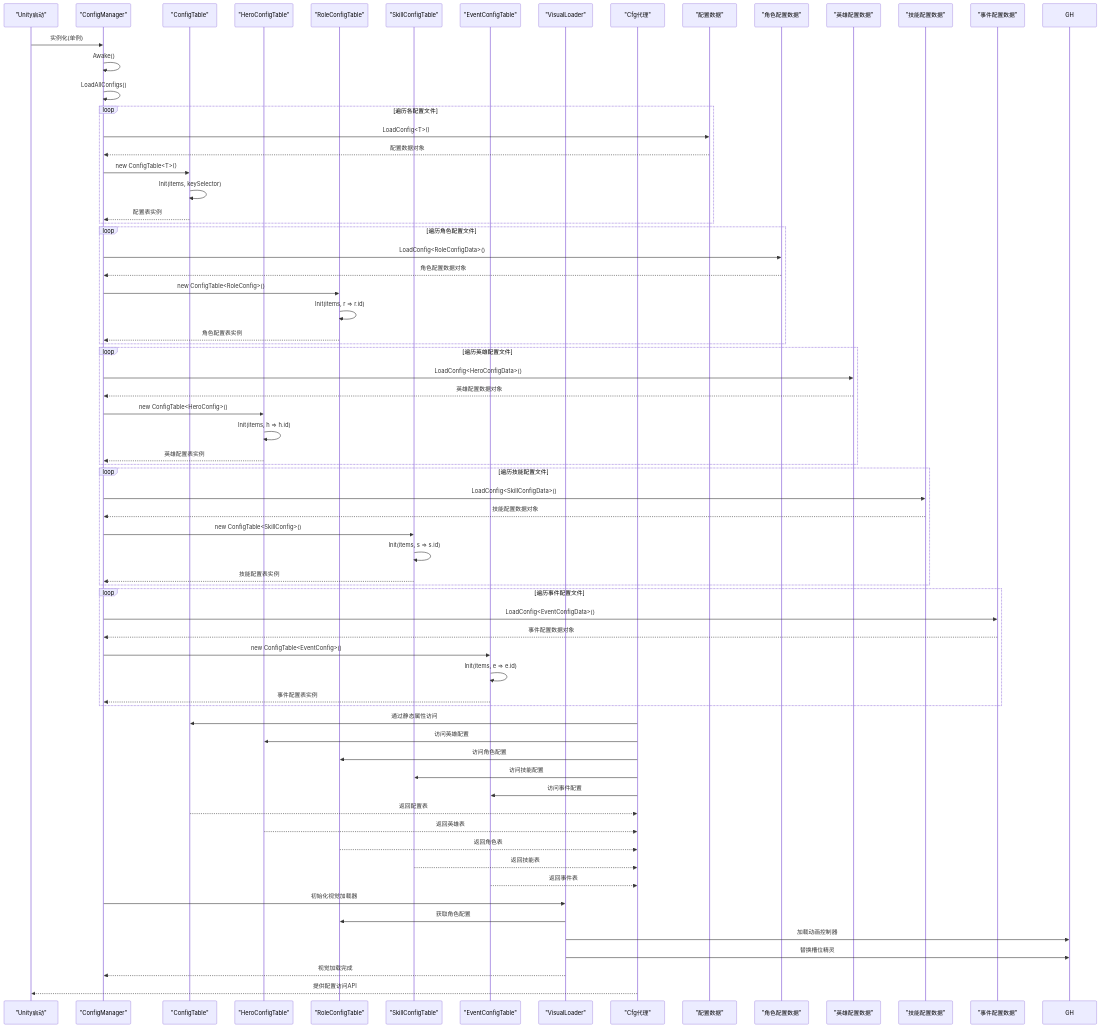
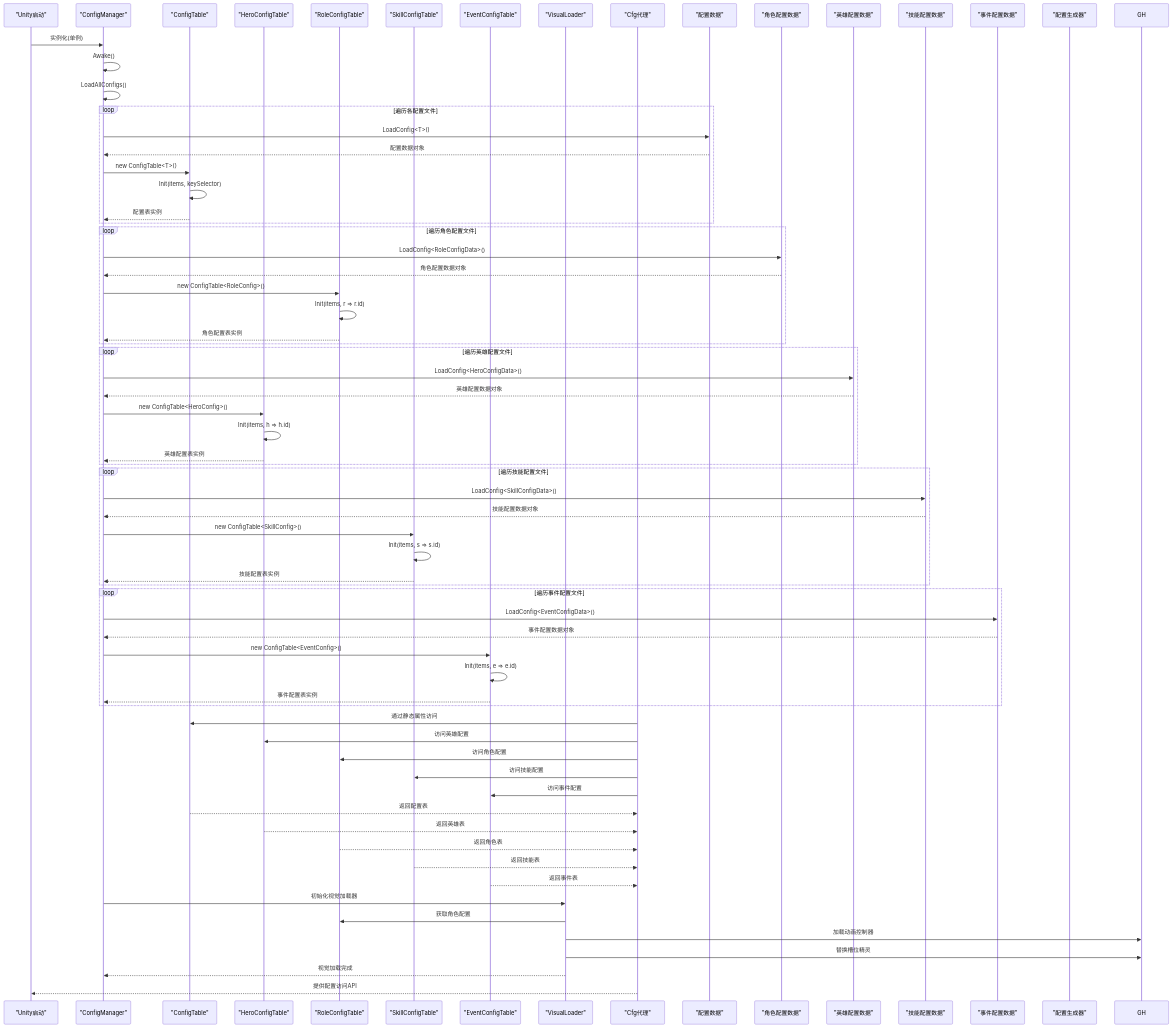
The second of 4 diagrams in .qoder/repowiki/zh/content/配置管理系统/配置管理系统.md (Tuusen/p1_client), drawn with Mermaid before and after one commit. The commit also changed other lines of this file and 14 other files, not shown here.

````diff
--- a/.qoder/repowiki/zh/content/配置管理系统/配置管理系统.md
+++ b/.qoder/repowiki/zh/content/配置管理系统/配置管理系统.md
@@ -247,71 +255,72 @@
 ```mermaid
 sequenceDiagram
 participant Boot as "Unity启动"
 participant CM as "ConfigManager"
 participant CT as "ConfigTable"
 participant HC as "HeroConfigTable"
 participant RC as "RoleConfigTable"
 participant SC as "SkillConfigTable"
 participant EC as "EventConfigTable"
 participant VL as "VisualLoader"
 participant CFG as "Cfg代理"
 participant Data as "配置数据"
 participant RoleData as "角色配置数据"
 participant HeroData as "英雄配置数据"
 participant SkillData as "技能配置数据"
 participant EventData as "事件配置数据"
+participant GEN as "配置生成器"
 Boot->>CM : 实例化(单例)
 CM->>CM : Awake()
 CM->>CM : LoadAllConfigs()
 loop 遍历各配置文件
 CM->>Data : LoadConfig<T>()
 Data-->>CM : 配置数据对象
 CM->>CT : new ConfigTable<T>()
 CT->>CT : Init(items, keySelector)
 CT-->>CM : 配置表实例
 end
 loop 遍历角色配置文件
 CM->>RoleData : LoadConfig<RoleConfigData>()
 RoleData-->>CM : 角色配置数据对象
 CM->>RC : new ConfigTable<RoleConfig>()
 RC->>RC : Init(items, r => r.id)
 RC-->>CM : 角色配置表实例
 end
 loop 遍历英雄配置文件
 CM->>HeroData : LoadConfig<HeroConfigData>()
 HeroData-->>CM : 英雄配置数据对象
 CM->>HC : new ConfigTable<HeroConfig>()
 HC->>HC : Init(items, h => h.id)
 HC-->>CM : 英雄配置表实例
 end
 loop 遍历技能配置文件
 CM->>SkillData : LoadConfig<SkillConfigData>()
 SkillData-->>CM : 技能配置数据对象
 CM->>SC : new ConfigTable<SkillConfig>()
 SC->>SC : Init(items, s => s.id)
 SC-->>CM : 技能配置表实例
 end
 loop 遍历事件配置文件
 CM->>EventData : LoadConfig<EventConfigData>()
 EventData-->>CM : 事件配置数据对象
 CM->>EC : new ConfigTable<EventConfig>()
 EC->>EC : Init(items, e => e.id)
 EC-->>CM : 事件配置表实例
 end
 CFG->>CT : 通过静态属性访问
 CFG->>HC : 访问英雄配置
 CFG->>RC : 访问角色配置
 CFG->>SC : 访问技能配置
 CFG->>EC : 访问事件配置
 CT-->>CFG : 返回配置表
 HC-->>CFG : 返回英雄表
 RC-->>CFG : 返回角色表
 SC-->>CFG : 返回技能表
 EC-->>CFG : 返回事件表
 CM->>VL : 初始化视觉加载器
 VL->>RC : 获取角色配置
 VL->>GH : 加载动画控制器
 VL->>GH : 替换槽位精灵
 VL-->>CM : 视觉加载完成
 CFG-->>Boot : 提供配置访问API
 ```
````
